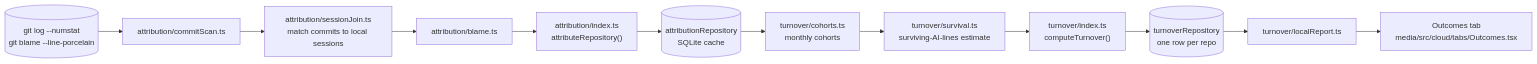
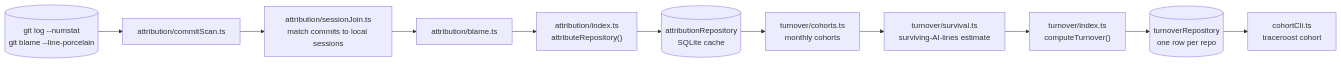
Before and after one commit to traceroost/core: the second of 2 diagrams in CLOUD_ARCHITECTURE.md, drawn with Mermaid. The commit also changed other lines of this file and 59 other files, not shown here.

````diff
--- a/CLOUD_ARCHITECTURE.md
+++ b/CLOUD_ARCHITECTURE.md
@@ -79,14 +82,13 @@
 ```mermaid
 graph LR
     GIT[("git log --numstat<br/>git blame --line-porcelain")] --> SCAN["attribution/commitScan.ts"]
     SCAN --> JOIN["attribution/sessionJoin.ts<br/>match commits to local sessions"]
     JOIN --> BLAME["attribution/blame.ts"]
     BLAME --> ATTR["attribution/index.ts<br/>attributeRepository()"]
     ATTR --> ADB[("attributionRepository<br/>SQLite cache")]
     ADB --> COH["turnover/cohorts.ts<br/>monthly cohorts"]
     COH --> SURV["turnover/survival.ts<br/>surviving-AI-lines estimate"]
     SURV --> COMP["turnover/index.ts<br/>computeTurnover()"]
     COMP --> TDB[("turnoverRepository<br/>one row per repo")]
-    TDB --> REPORT["turnover/localReport.ts"]
-    REPORT --> TAB["Outcomes tab<br/>media/src/cloud/tabs/Outcomes.tsx"]
+    TDB --> CLI["cohortCli.ts<br/>traceroost cohort"]
 ```
````
